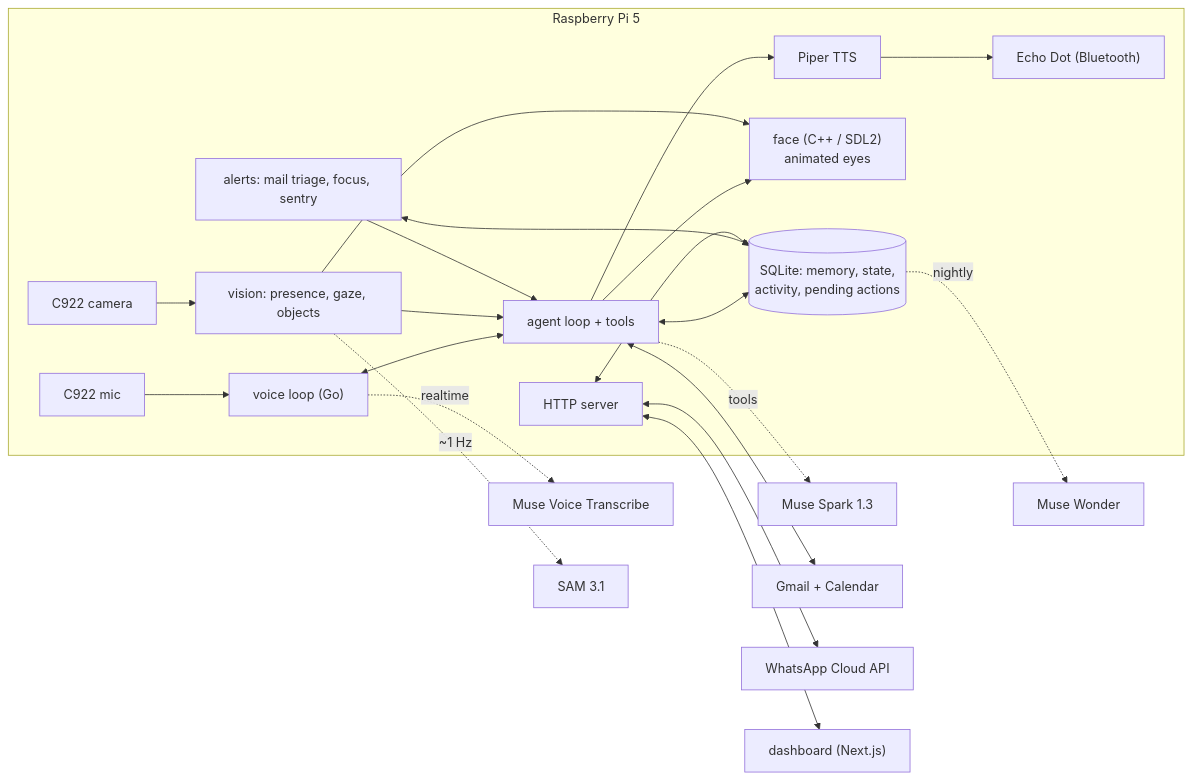
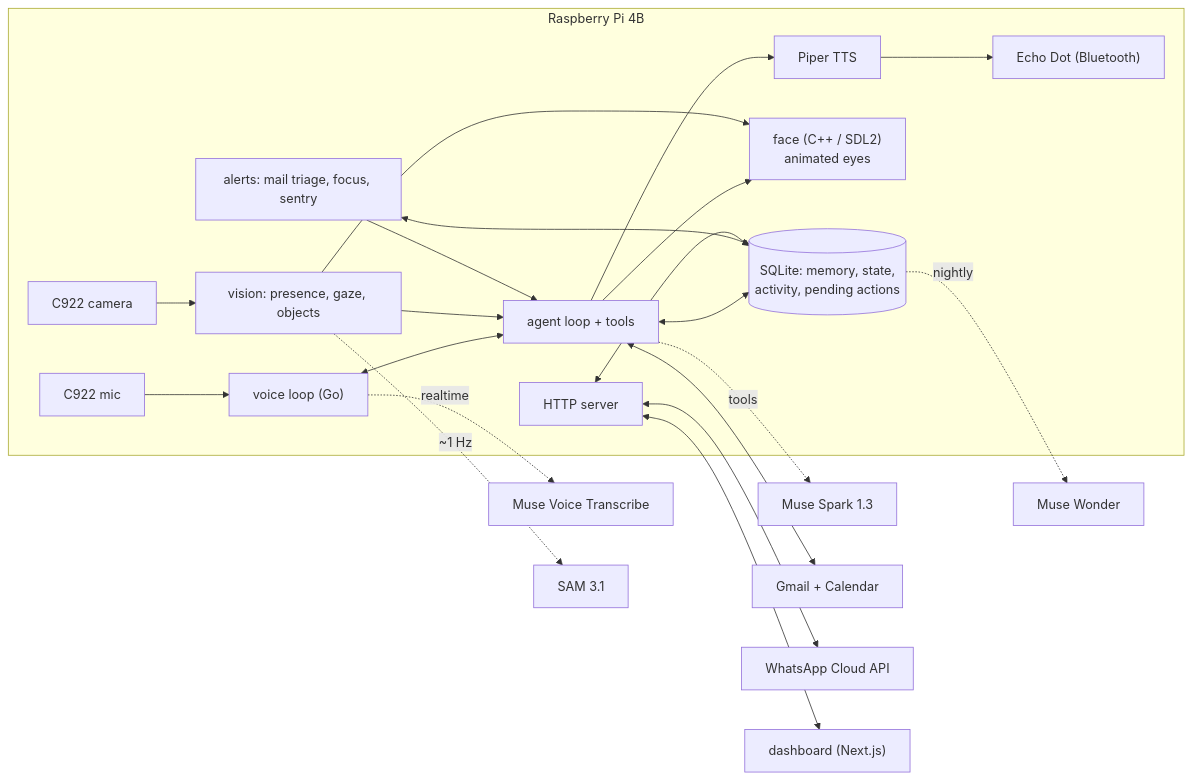
One commit to francorobles/Fritz changed the diagram in README.md. Above: the diagram before and after it, drawn with Mermaid. The commit also changed other lines of this file and 38 other files, not shown here.

````diff
--- a/README.md
+++ b/README.md
@@ -47,24 +51,24 @@
 ```mermaid
 flowchart LR
-  subgraph Pi["Raspberry Pi 5"]
+  subgraph Pi["Raspberry Pi 4B"]
     mic["C922 mic"] --> voice["voice loop (Go)"]
     cam["C922 camera"] --> vision["vision: presence, gaze, objects"]
     voice <--> agent["agent loop + tools"]
     vision --> agent
     alerts["alerts: mail triage, focus, sentry"] --> agent
     agent --> tts["Piper TTS"] --> echo["Echo Dot (Bluetooth)"]
     agent --> face["face (C++ / SDL2)<br/>animated eyes"]
     vision --> face
     db[("SQLite: memory, state,<br/>activity, pending actions")]
     agent <--> db
     alerts <--> db
     server["HTTP server"] <--> db
   end
   voice -. realtime .-> transcribe["Muse Voice Transcribe"]
   agent -. tools .-> spark["Muse Spark 1.3"]
   vision -. ~1 Hz .-> sam["SAM 3.1"]
   db -. nightly .-> wonder["Muse Wonder"]
   agent <--> google["Gmail + Calendar"]
   server <--> wa["WhatsApp Cloud API"]
   server <--> web["dashboard (Next.js)"]
 ```
````
